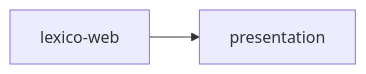
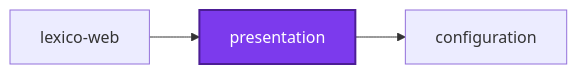
Before and after one commit to organizzolini/codebase: the first of 2 diagrams in projects/common/presentation/README.md, drawn with Mermaid. The commit also changed other lines of this file and 68 other files, not shown here.

````diff
--- a/projects/common/presentation/README.md
+++ b/projects/common/presentation/README.md
@@ -477,8 +477,10 @@
 ```mermaid
 graph LR
+  configuration["configuration"]
+  lexico_web["lexico-web"]
   presentation["presentation"]
-  lexico_web["lexico-web"]
   lexico_web --> presentation
+  presentation --> configuration
   classDef subject fill:#7c3aed,color:#fff,stroke:#4c1d95,stroke-width:2px
-  class components subject
+  class presentation subject
 ```
````
